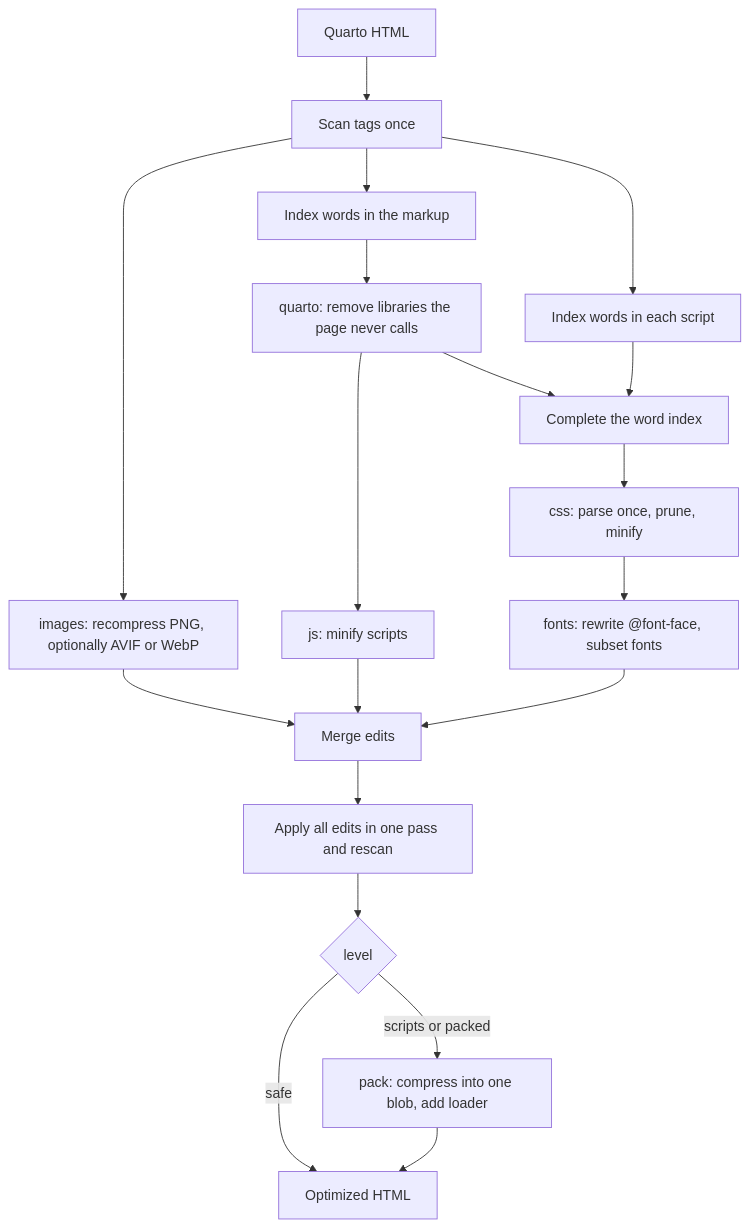
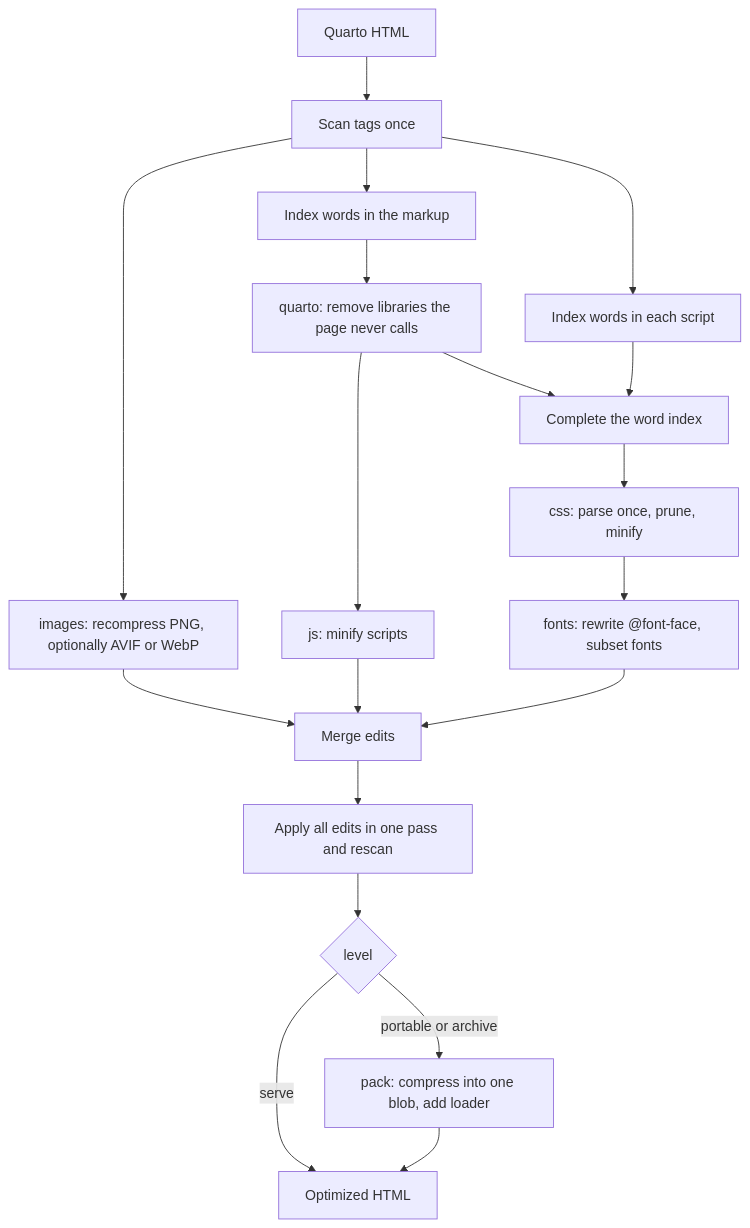
Before and after one commit to VisruthSK/octavo: the diagram in README.md, drawn with Mermaid. The commit also changed other lines of this file and 45 other files, not shown here.

Commit message:
Rename optimization levels to serve, portable and archive (#84)

````diff
--- a/README.md
+++ b/README.md
@@ -108,21 +108,21 @@
 ```mermaid
 flowchart TD
     A[Quarto HTML] --> B[Scan tags once]
     B --> I[images: recompress PNG, optionally AVIF or WebP]
     B --> M[Index words in the markup]
     B --> S[Index words in each script]
     M --> Q[quarto: remove libraries the page never calls]
     Q --> J[js: minify scripts]
     Q --> W[Complete the word index]
     S --> W
     W --> C[css: parse once, prune, minify]
     C --> F[fonts: rewrite @font-face, subset fonts]
     I --> E[Merge edits]
     J --> E
     F --> E
     E --> P[Apply all edits in one pass and rescan]
     P --> L{level}
-    L -->|safe| O[Optimized HTML]
-    L -->|scripts or packed| K[pack: compress into one blob, add loader]
+    L -->|serve| O[Optimized HTML]
+    L -->|portable or archive| K[pack: compress into one blob, add loader]
     K --> O
 ```
````
